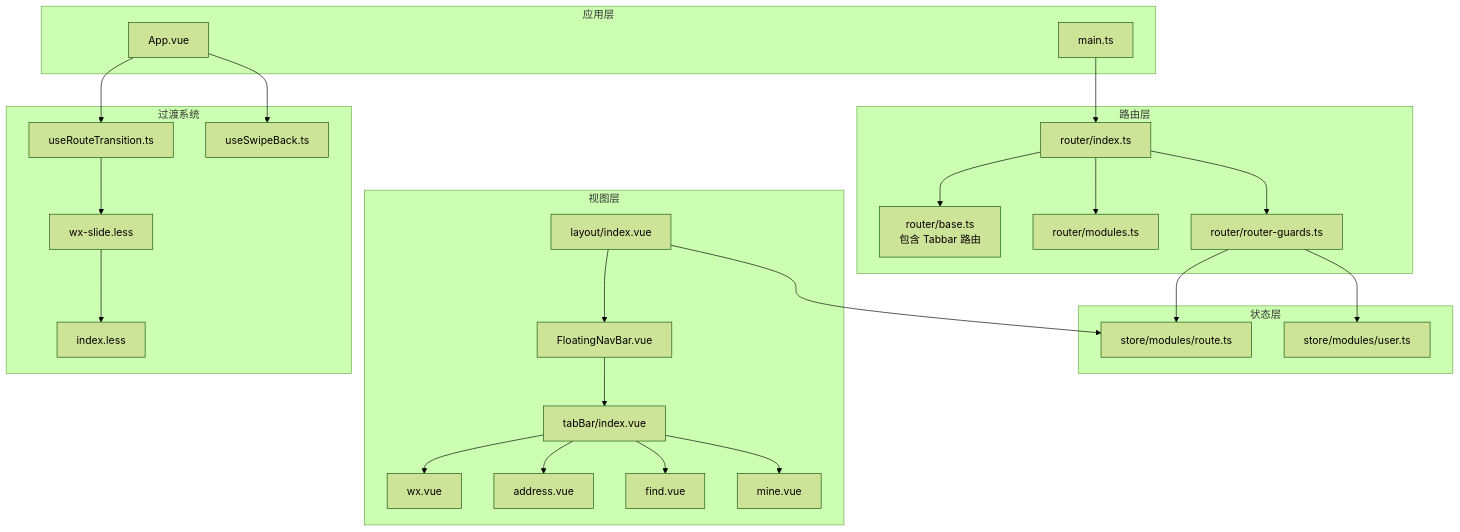
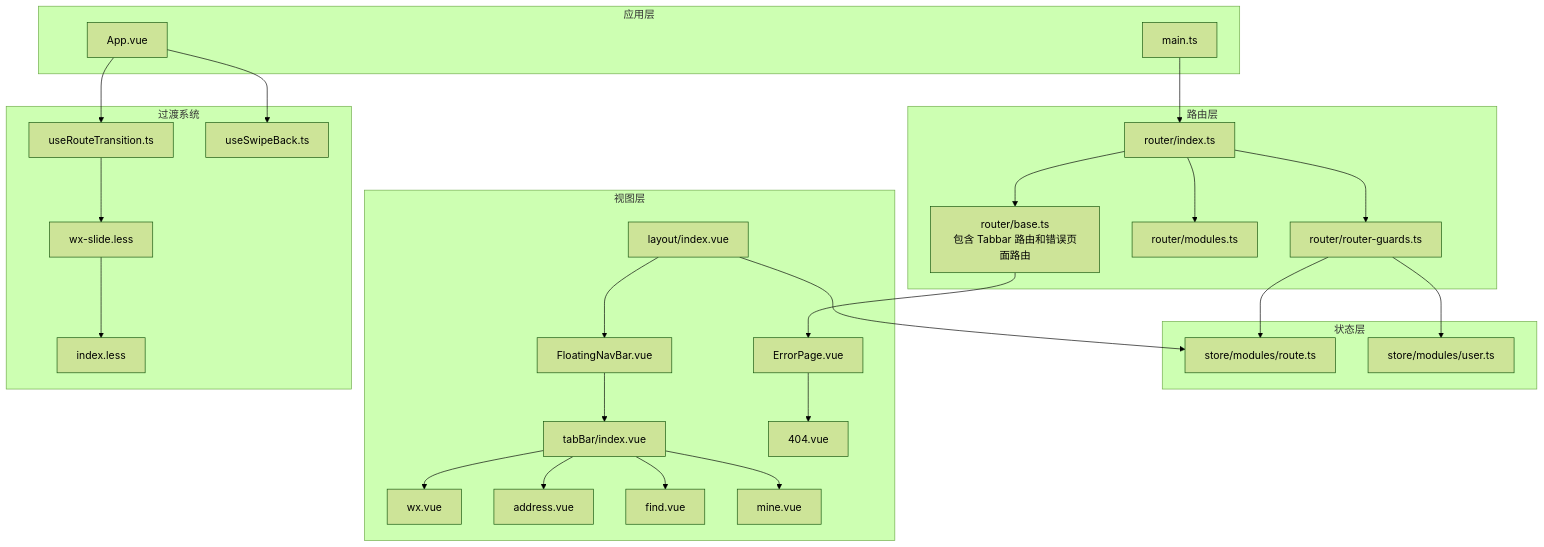
One commit to giserman001/vue3-vant4-mobile changed the second of 12 diagrams in .qoder/repowiki/zh/content/核心系统/路由系统.md. Above: the diagram before and after it, drawn with Mermaid (forest theme). The commit also changed other lines of this file and 13 other files, not shown here.

````diff
--- a/.qoder/repowiki/zh/content/核心系统/路由系统.md
+++ b/.qoder/repowiki/zh/content/核心系统/路由系统.md
@@ -161,49 +180,53 @@
 ```mermaid
 graph TB
 subgraph "应用层"
 M["main.ts"]
 O["App.vue"]
 end
 subgraph "路由层"
 R["router/index.ts"]
-B["router/base.ts<br/>包含 Tabbar 路由"]
+B["router/base.ts<br/>包含 Tabbar 路由和错误页面路由"]
 U["router/modules.ts"]
 G["router/router-guards.ts"]
 end
 subgraph "状态层"
 SR["store/modules/route.ts"]
 SU["store/modules/user.ts"]
 end
 subgraph "视图层"
 L["layout/index.vue"]
 F["FloatingNavBar.vue"]
 T["tabBar/index.vue"]
 WX["wx.vue"]
 ADDR["address.vue"]
 FIND["find.vue"]
 MINE["mine.vue"]
+EP["ErrorPage.vue"]
+E404["404.vue"]
 end
 subgraph "过渡系统"
 RT["useRouteTransition.ts"]
 SB["useSwipeBack.ts"]
 WS["wx-slide.less"]
 IL["index.less"]
 end
 M --> R
 R --> B
 R --> U
 R --> G
 G --> SR
 G --> SU
 L --> SR
 L --> F
 F --> T
 T --> WX
 T --> ADDR
 T --> FIND
 T --> MINE
 O --> RT
 O --> SB
 RT --> WS
 WS --> IL
+B --> EP
+EP --> E404
 ```
````
